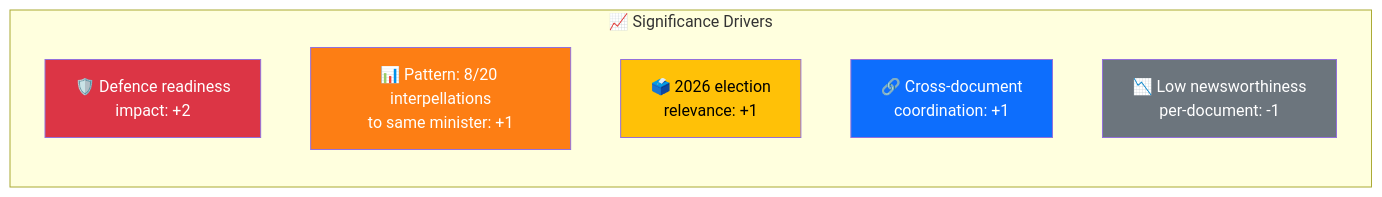
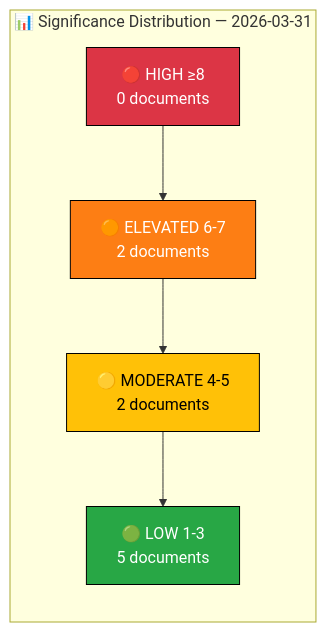
Before and after one commit to Hack23/riksdagsmonitor: the diagram in analysis/daily/2026-03-31/significance-scoring.md, drawn with Mermaid. The commit also changed other lines of this file and 5 other files, not shown here.

````diff
--- a/analysis/daily/2026-03-31/significance-scoring.md
+++ b/analysis/daily/2026-03-31/significance-scoring.md
@@ -23,16 +32,14 @@
 ```mermaid
 graph LR
-    subgraph "📈 Significance Drivers"
-        F1["🛡️ Defence readiness<br/>impact: +2"]
-        F2["📊 Pattern: 8/20 interpellations<br/>to same minister: +1"]
-        F3["🗳️ 2026 election<br/>relevance: +1"]
-        F4["🔗 Cross-document<br/>coordination: +1"]
-        F5["📉 Low newsworthiness<br/>per-document: -1"]
+    subgraph "📊 Significance Distribution — 2026-03-31"
+        HIGH["🔴 HIGH ≥8<br/>0 documents"]
+        ELEVATED["🟠 ELEVATED 6-7<br/>2 documents"]
+        MODERATE["🟡 MODERATE 4-5<br/>2 documents"]
+        LOW["🟢 LOW 1-3<br/>5 documents"]
     end
-
-    style F1 fill:#dc3545,color:#fff
-    style F2 fill:#fd7e14,color:#fff
-    style F3 fill:#ffc107,color:#000
-    style F4 fill:#0d6efd,color:#fff
-    style F5 fill:#6c757d,color:#fff
+    HIGH --> ELEVATED --> MODERATE --> LOW
+    style HIGH fill:#dc3545,stroke:#000,color:#fff
+    style ELEVATED fill:#fd7e14,stroke:#000,color:#fff
+    style MODERATE fill:#ffc107,stroke:#000,color:#000
+    style LOW fill:#28a745,stroke:#000,color:#fff
 ```
````
